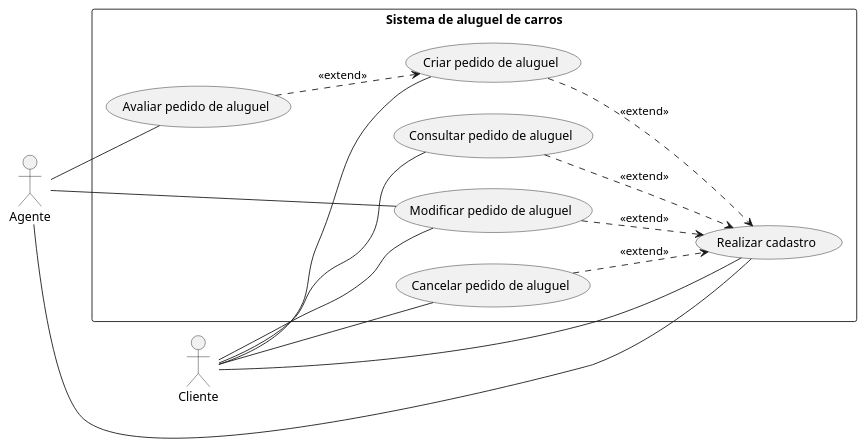
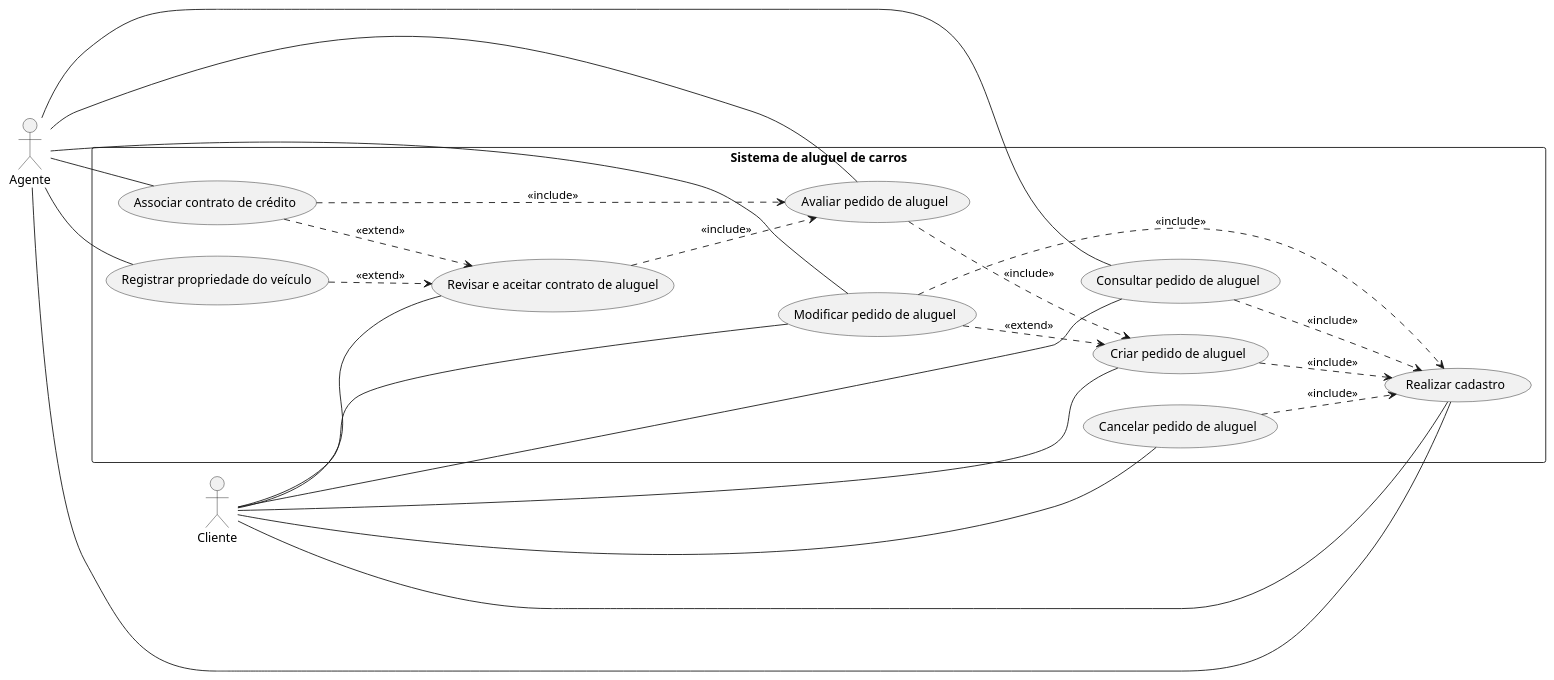
One commit to software-engineering-graduation/sistema_aluguel_carros-lds2024 changed the diagram in projeto/diagrama_de_casos_de_uso.puml. Above: the diagram before and after it, drawn with PlantUML.

```diff
--- a/projeto/diagrama_de_casos_de_uso.puml
+++ b/projeto/diagrama_de_casos_de_uso.puml
@@ -1,36 +1,47 @@
 @startuml Diagrama de Casos de Uso
 left to right direction
 
 actor "Cliente" as cliente
 actor "Agente" as agente /' Empresas e Bancos '/
 
 rectangle "Sistema de aluguel de carros" {
     usecase "Realizar cadastro" as uc_cadastro
     
     usecase "Criar pedido de aluguel" as uc_criar_pedido
     usecase "Modificar pedido de aluguel" as uc_modificar_pedido
     usecase "Consultar pedido de aluguel" as uc_consultar_pedido
     usecase "Cancelar pedido de aluguel" as uc_cancelar_pedido
+    usecase "Revisar e aceitar contrato de aluguel" as uc_aceitar_contrato
 
     usecase "Avaliar pedido de aluguel" as uc_avaliar_pedido
+    usecase "Registrar propriedade do veículo" as uc_registrar_propriedade
+    usecase "Associar contrato de crédito" as uc_associar_credito
 }
 
 cliente -- uc_cadastro
 agente -- uc_cadastro
 
 cliente -- uc_criar_pedido
 cliente -- uc_modificar_pedido
 cliente -- uc_consultar_pedido
 cliente -- uc_cancelar_pedido
+cliente -- uc_aceitar_contrato
 
 agente -- uc_modificar_pedido
 agente -- uc_avaliar_pedido
+agente -- uc_registrar_propriedade
+agente -- uc_associar_credito
+agente -- uc_consultar_pedido
 
+uc_aceitar_contrato ..> uc_avaliar_pedido : "<<include>>"
+uc_avaliar_pedido ..> uc_criar_pedido : "<<include>>"
+uc_associar_credito ..> uc_avaliar_pedido : "<<include>>"
+uc_modificar_pedido ..> uc_cadastro : "<<include>>"
+uc_consultar_pedido ..> uc_cadastro : "<<include>>"
+uc_cancelar_pedido ..> uc_cadastro : "<<include>>"
+uc_criar_pedido ..> uc_cadastro : "<<include>>"
 
-uc_avaliar_pedido ..> uc_criar_pedido : "<<extend>>"
-
-uc_modificar_pedido ..> uc_cadastro : "<<extend>>"
-uc_consultar_pedido ..> uc_cadastro : "<<extend>>"
-uc_cancelar_pedido ..> uc_cadastro : "<<extend>>"
-uc_criar_pedido ..> uc_cadastro : "<<extend>>"
+uc_modificar_pedido ..> uc_criar_pedido : "<<extend>>"
+uc_registrar_propriedade ..> uc_aceitar_contrato : "<<extend>>"
+uc_associar_credito ..> uc_aceitar_contrato : "<<extend>>"
 @enduml
```
